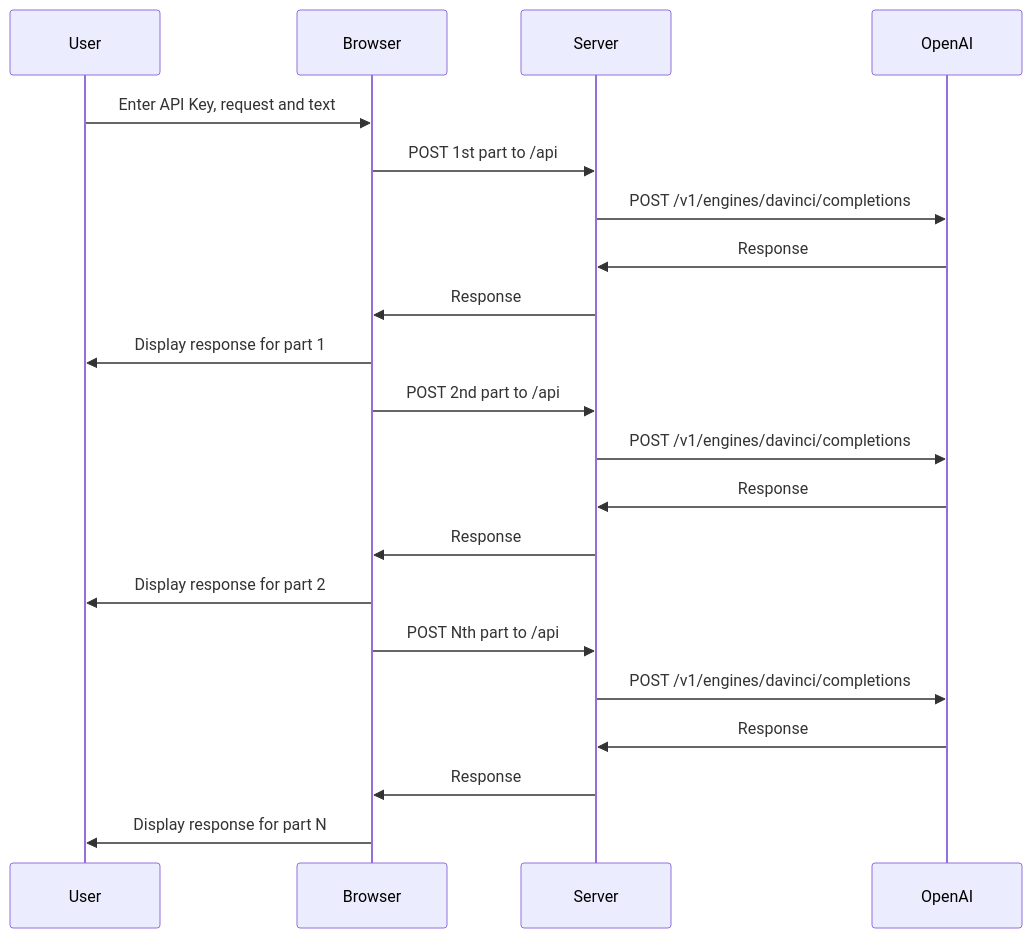
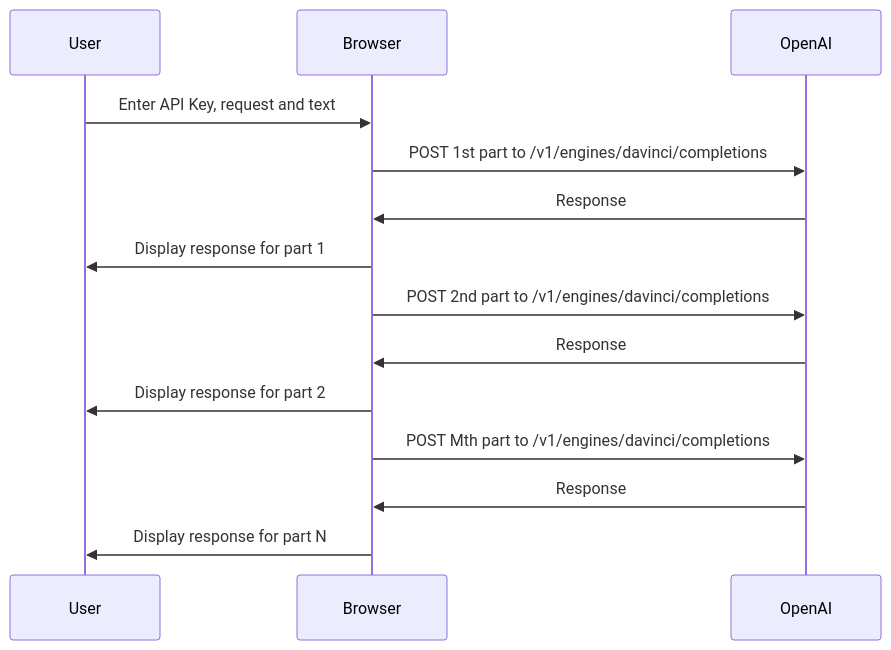
One commit to Onigam/fat-chatgpt changed the diagram in README.md. Above: the diagram before and after it, drawn with Mermaid. The commit also changed other lines of this file, not shown here.

Commit message:
docs: readme update

````diff
--- a/README.md
+++ b/README.md
@@ -19,23 +17,16 @@
 ```mermaid
 sequenceDiagram
     participant User
     participant Browser
-    participant Server
     participant OpenAI
     User->>Browser: Enter API Key, request and text
-    Browser->>Server: POST 1st part to /api
-    Server->>OpenAI: POST /v1/engines/davinci/completions
-    OpenAI->>Server: Response
-    Server->>Browser: Response
+    Browser->>OpenAI: POST 1st part to /v1/engines/davinci/completions
+    OpenAI->>Browser: Response
     Browser->>User: Display response for part 1
-    Browser->>Server: POST 2nd part to /api
-    Server->>OpenAI: POST /v1/engines/davinci/completions
-    OpenAI->>Server: Response
-    Server->>Browser: Response
+    Browser->>OpenAI: POST 2nd part to /v1/engines/davinci/completions
+    OpenAI->>Browser: Response
     Browser->>User: Display response for part 2
-    Browser->>Server: POST Nth part to /api
-    Server->>OpenAI: POST /v1/engines/davinci/completions
-    OpenAI->>Server: Response
-    Server->>Browser: Response
+    Browser->>OpenAI: POST Mth part to /v1/engines/davinci/completions
+    OpenAI->>Browser: Response
     Browser->>User: Display response for part N
 ```
````
